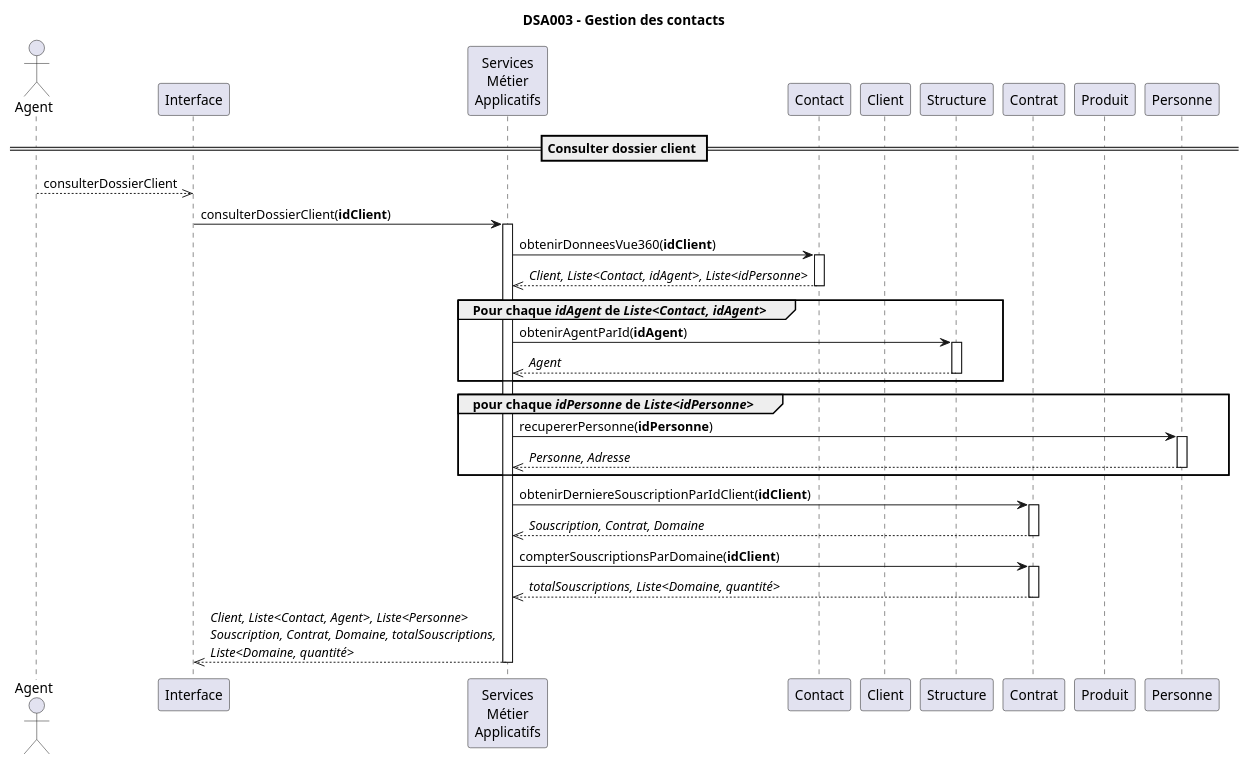
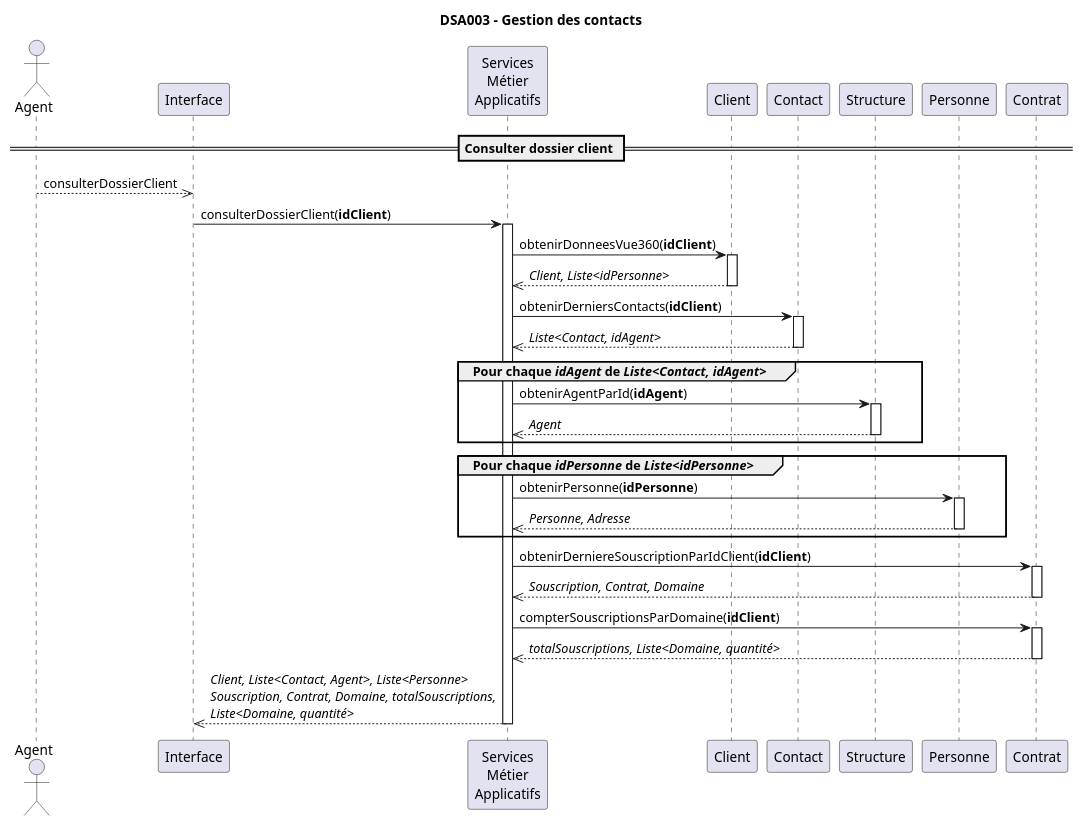
One commit to if-h4102/pld-mars changed the diagram in CU001 - Consultation du dossier Client - Vue 360°/DSD001.puml. Above: the diagram before and after it, drawn with PlantUML.

```diff
--- a/CU001 - Consultation du dossier Client - Vue 360°/DSD001.puml
+++ b/CU001 - Consultation du dossier Client - Vue 360°/DSD001.puml
@@ -1,53 +1,57 @@
 @startuml
 title DSA003 - Gestion des contacts
 
 actor Agent
 participant Interface as IHM
 participant "Services\nMétier\nApplicatifs" as SMA
+participant Client
 participant Contact as C
-participant Client
 participant Structure
+participant Personne
 participant Contrat
-participant Produit
-
 
 == Consulter dossier client ==
 
 'Lister les contacts d'un client
 Agent -->> IHM: consulterDossierClient
     IHM -> SMA: consulterDossierClient(**idClient**)
     activate SMA
-        SMA -> C: obtenirDonneesVue360(**idClient**)
+        SMA -> Client: obtenirDonneesVue360(**idClient**)
+        activate Client
+        SMA <<-- Client: //Client, Liste<idPersonne>//
+        deactivate Client
+
+        SMA -> C: obtenirDerniersContacts(**idClient**)
         activate C
-        SMA <<-- C: //Client, Liste<Contact, idAgent>, Liste<idPersonne>//
+        SMA <<-- C: //Liste<Contact, idAgent>//
         deactivate C
 
         group Pour chaque //idAgent// de //Liste<Contact, idAgent>//
             SMA -> Structure: obtenirAgentParId(**idAgent**)
             activate Structure
             SMA <<-- Structure: //Agent//
             deactivate Structure
         end
 
-        group pour chaque //idPersonne// de //Liste<idPersonne>//
-           SMA -> Personne: recupererPersonne(**idPersonne**)
+        group Pour chaque //idPersonne// de //Liste<idPersonne>//
+           SMA -> Personne: obtenirPersonne(**idPersonne**)
            activate Personne
            SMA <<-- Personne: //Personne, Adresse//
            deactivate Personne
         end
 
         SMA -> Contrat: obtenirDerniereSouscriptionParIdClient(**idClient**)
         activate Contrat
         SMA <<-- Contrat: //Souscription, Contrat, Domaine//
         deactivate Contrat
 
         SMA -> Contrat: compterSouscriptionsParDomaine(**idClient**)
         activate Contrat
         SMA <<-- Contrat: //totalSouscriptions, Liste<Domaine, quantité>//
         deactivate Contrat
 
     IHM <<-- SMA: //Client, Liste<Contact, Agent>, Liste<Personne>//\n//Souscription, Contrat, Domaine, totalSouscriptions,//\n//Liste<Domaine, quantité>//
     deactivate SMA
-'Fin: Lister les contacts du client
 
+'Fin: Consulter dossier client
 @enduml
```
